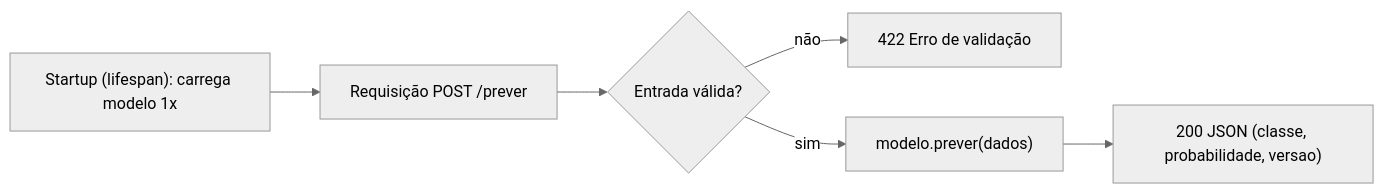
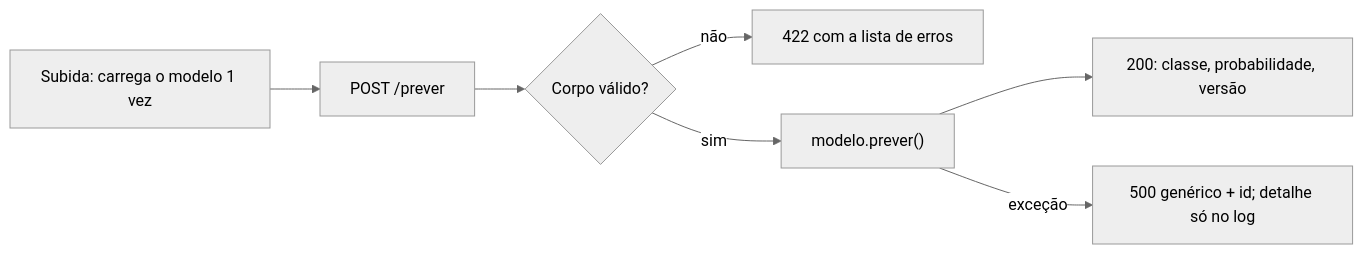
One commit to Lip3Bazinga/v0-level-usp-project changed the diagram in content/cursos/n7-engenharia-de-ia/07-mlops-e-projeto/01-servindo-um-modelo-com-fastapi.lvl.md. Above: the diagram before and after it, drawn with Mermaid (neutral theme). The commit also changed other lines of this file and 3 other files, not shown here.

````diff
--- a/content/cursos/n7-engenharia-de-ia/07-mlops-e-projeto/01-servindo-um-modelo-com-fastapi.lvl.md
+++ b/content/cursos/n7-engenharia-de-ia/07-mlops-e-projeto/01-servindo-um-modelo-com-fastapi.lvl.md
@@ -24,8 +60,9 @@
 ```mermaid
 flowchart LR
-    S["Startup (lifespan): carrega modelo 1x"] --> R["Requisição POST /prever"]
-    R --> V{"Entrada válida?"}
-    V -- "não" --> E422["422 Erro de validação"]
-    V -- "sim" --> P["modelo.prever(dados)"]
-    P --> E200["200 JSON (classe, probabilidade, versao)"]
+    S["Subida: carrega o modelo 1 vez"] --> R["POST /prever"]
+    R --> V{"Corpo válido?"}
+    V -- "não" --> E422["422 com a lista de erros"]
+    V -- "sim" --> P["modelo.prever()"]
+    P --> OK["200: classe, probabilidade, versão"]
+    P -- "exceção" --> E500["500 genérico + id; detalhe só no log"]
 ```
````
